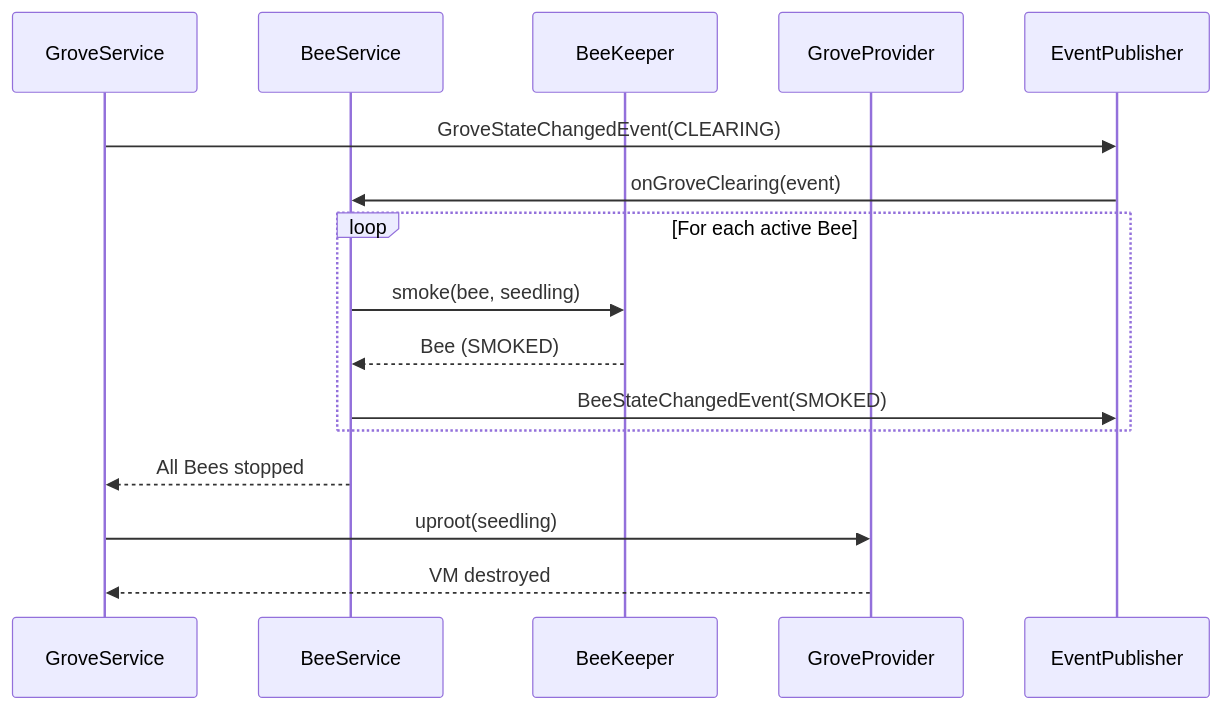
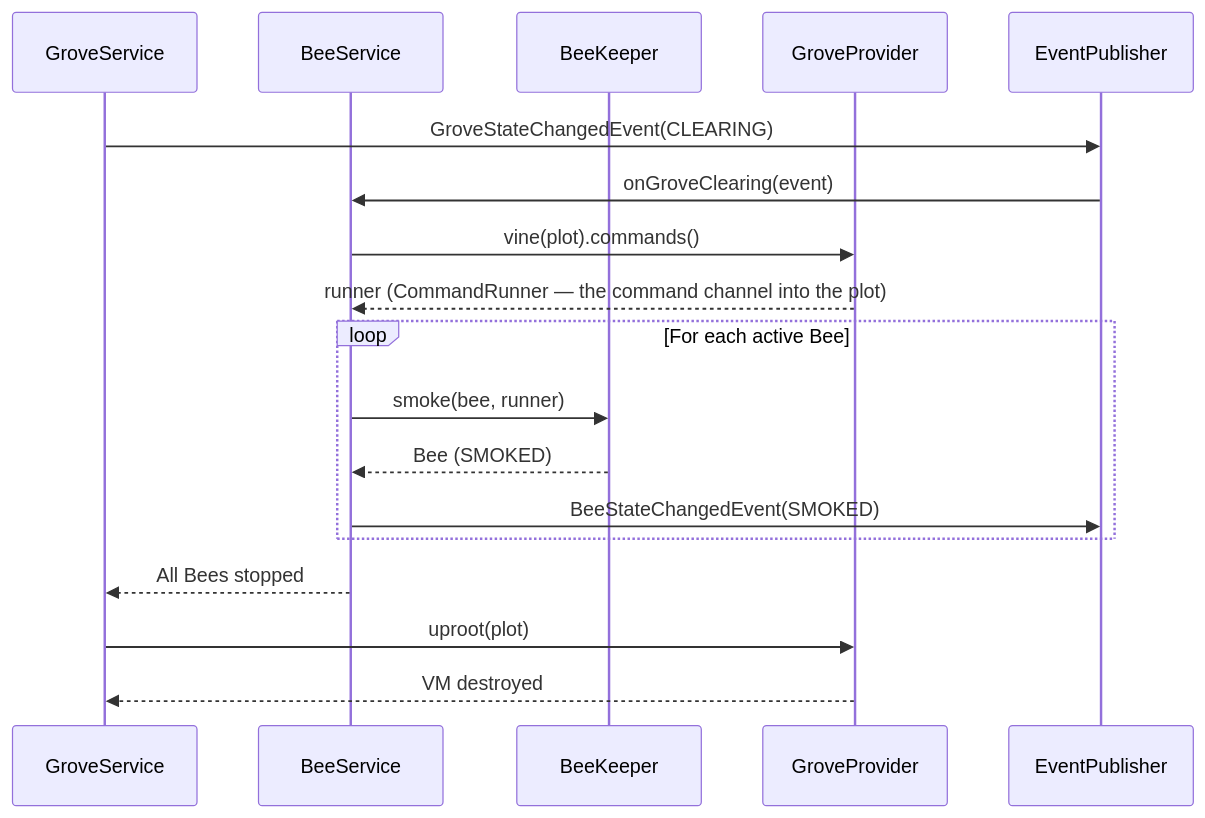
Before and after one commit to orchard-cde/orchard: the fifth of 6 diagrams in docs/architecture/bee-architecture.md, drawn with Mermaid. The commit also changed other lines of this file and 106 other files, not shown here.

````diff
--- a/docs/architecture/bee-architecture.md
+++ b/docs/architecture/bee-architecture.md
@@ -396,22 +400,25 @@
 ```mermaid
 sequenceDiagram
     participant GS as GroveService
     participant BS as BeeService
     participant BK as BeeKeeper
     participant SP as GroveProvider
     participant EP as EventPublisher
 
     GS->>EP: GroveStateChangedEvent(CLEARING)
     EP->>BS: onGroveClearing(event)
 
+    BS->>SP: vine(plot).commands()
+    SP-->>BS: runner (CommandRunner — the command channel into the plot)
+
     loop For each active Bee
-        BS->>BK: smoke(bee, seedling)
+        BS->>BK: smoke(bee, runner)
         BK-->>BS: Bee (SMOKED)
         BS->>EP: BeeStateChangedEvent(SMOKED)
     end
 
     BS-->>GS: All Bees stopped
 
-    GS->>SP: uproot(seedling)
+    GS->>SP: uproot(plot)
     SP-->>GS: VM destroyed
 ```
````
